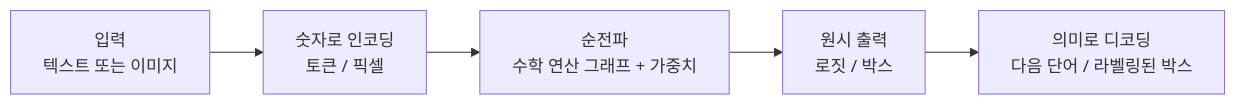
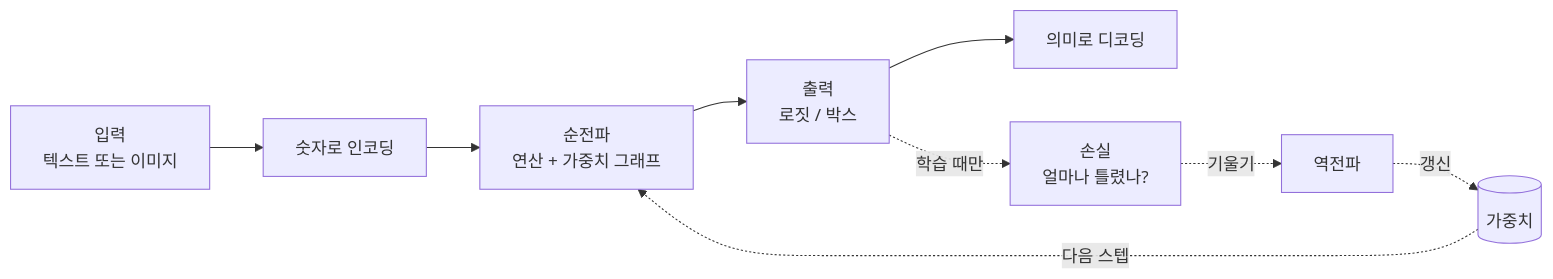
The diagram in docs/textbook/ko/README.md (ivere27/volvoxai), drawn with Mermaid before and after one commit. The commit also changed other lines of this file and 776 other files, not shown here.

````diff
--- a/docs/textbook/ko/README.md
+++ b/docs/textbook/ko/README.md
@@ -75,7 +131,11 @@
 ```mermaid
 flowchart LR
-    A["입력<br/>텍스트 또는 이미지"] --> B["숫자로 인코딩<br/>토큰 / 픽셀"]
-    B --> C["순전파<br/>수학 연산 그래프 + 가중치"]
-    C --> D["원시 출력<br/>로짓 / 박스"]
-    D --> E["의미로 디코딩<br/>다음 단어 / 라벨링된 박스"]
+    A[입력<br/>텍스트 또는 이미지] --> B[숫자로 인코딩]
+    B --> C[순전파<br/>연산 + 가중치 그래프]
+    C --> D[출력<br/>로짓 / 박스]
+    D --> E[의미로 디코딩]
+    D -. 학습 때만 .-> L[손실<br/>얼마나 틀렸나?]
+    L -. 기울기 .-> G[역전파]
+    G -. 갱신 .-> W[(가중치)]
+    W -. 다음 스텝 .-> C
 ```
````
